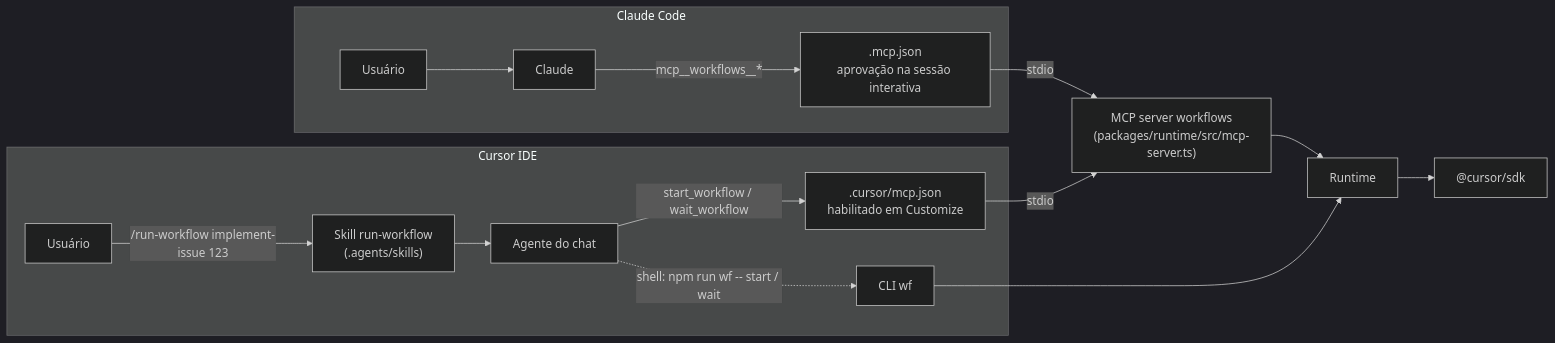
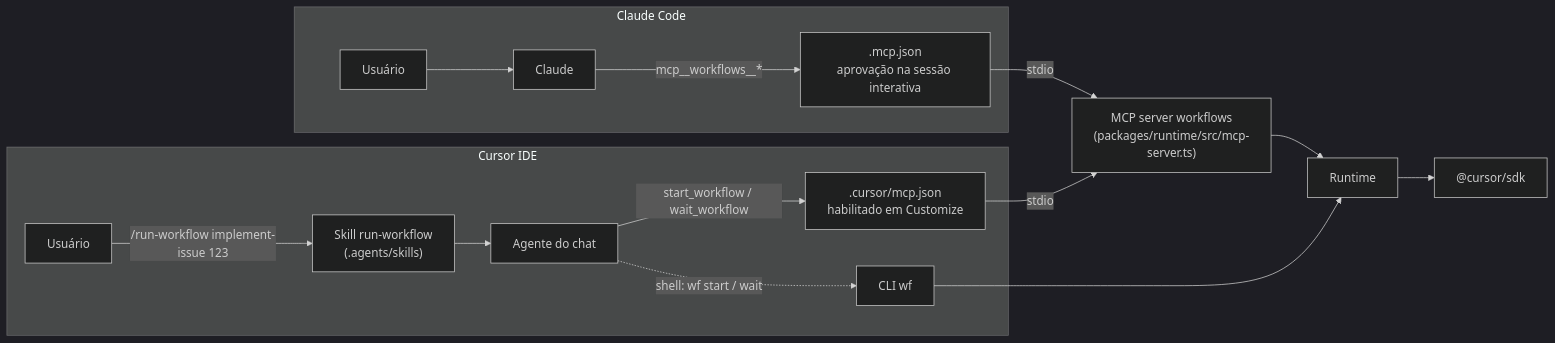
One commit to rodrigorjsf/cursor-workflows-starter changed the diagram in docs/usage/03-invocacao-no-cursor-ide.md. Above: the diagram before and after it, drawn with Mermaid (dark theme). The commit also changed other lines of this file and 28 other files, not shown here.

````diff
--- a/docs/usage/03-invocacao-no-cursor-ide.md
+++ b/docs/usage/03-invocacao-no-cursor-ide.md
@@ -5,17 +5,17 @@
 ```mermaid
 flowchart LR
   subgraph Cursor["Cursor IDE"]
     U[Usuário] -->|"/run-workflow implement-issue 123"| S["Skill run-workflow<br/>(.agents/skills)"]
     S --> A[Agente do chat]
     A -->|"start_workflow / wait_workflow"| MC[".cursor/mcp.json<br/>habilitado em Customize"]
-    A -.->|"shell: npm run wf -- start / wait"| C[CLI wf]
+    A -.->|"shell: wf start / wait"| C[CLI wf]
   end
   subgraph Claude["Claude Code"]
     U2[Usuário] --> A2[Claude] -->|"mcp__workflows__*"| MCC[".mcp.json<br/>aprovação na sessão interativa"]
   end
   MC -->|stdio| M["MCP server workflows<br/>(packages/runtime/src/mcp-server.ts)"]
   MCC -->|stdio| M
   M --> R[Runtime]
   C --> R
   R --> SDK["@cursor/sdk"]
 ```
````
